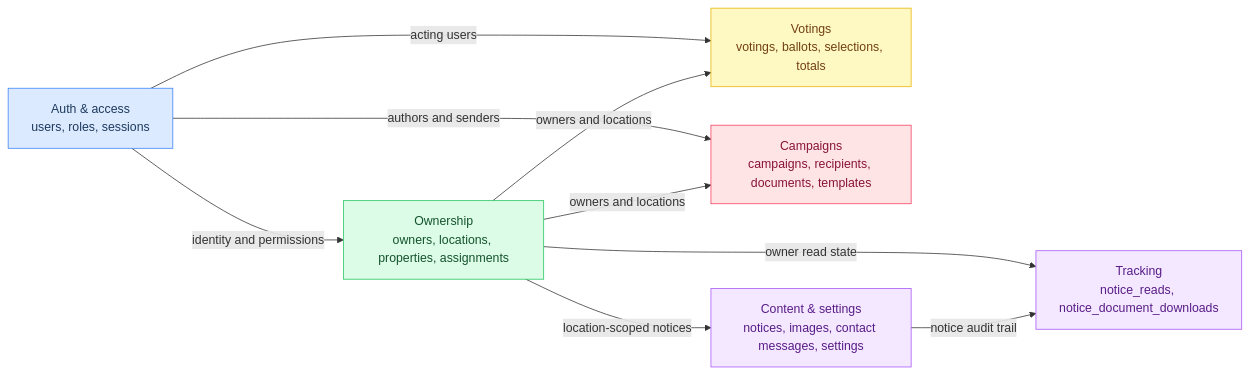
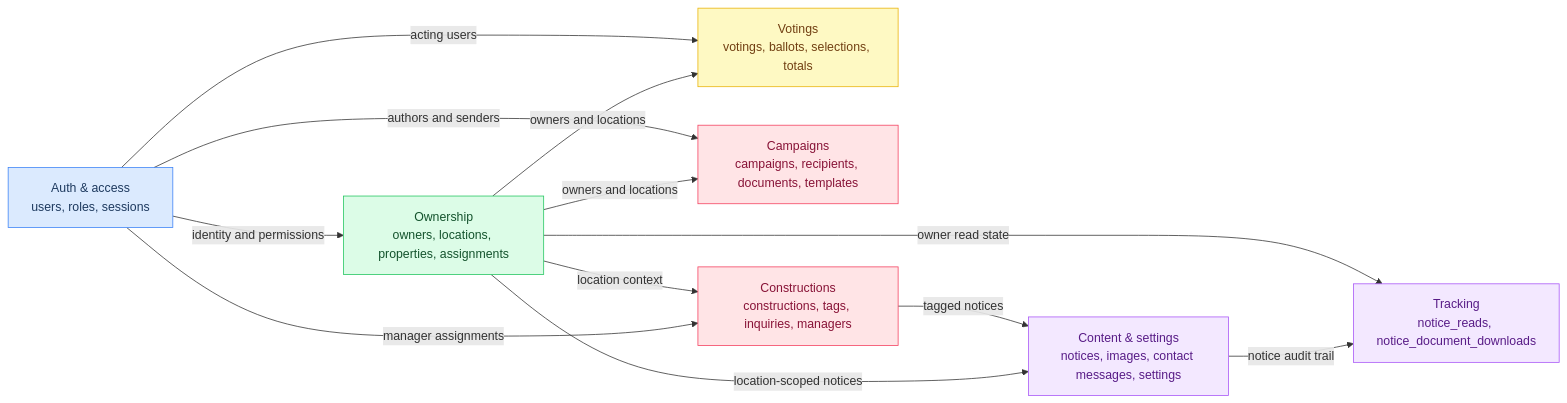
One commit to amaiagalvez/madaia33 changed the first of 13 diagrams in .github/skills/database-schema-mermaid/SKILL.md. Above: the diagram before and after it, drawn with Mermaid. The commit also changed other lines of this file and 17 other files, not shown here.

````diff
--- a/.github/skills/database-schema-mermaid/SKILL.md
+++ b/.github/skills/database-schema-mermaid/SKILL.md
@@ -34,25 +34,29 @@
 ```mermaid
 flowchart LR
     AUTH["Auth & access\nusers, roles, sessions"]:::auth
     OWNERSHIP["Ownership\nowners, locations, properties, assignments"]:::ownership
     VOTINGS_G["Votings\nvotings, ballots, selections, totals"]:::votings
     CAMPAIGNS_G["Campaigns\ncampaigns, recipients, documents, templates"]:::campaigns
+    CONSTRUCTIONS_G["Constructions\nconstructions, tags, inquiries, managers"]:::campaigns
     CONTENT["Content & settings\nnotices, images, contact messages, settings"]:::content
     TRACKING["Tracking\nnotice_reads, notice_document_downloads"]:::content
 
     AUTH -->|identity and permissions| OWNERSHIP
     AUTH -->|acting users| VOTINGS_G
     AUTH -->|authors and senders| CAMPAIGNS_G
 
     OWNERSHIP -->|owners and locations| VOTINGS_G
     OWNERSHIP -->|owners and locations| CAMPAIGNS_G
+    OWNERSHIP -->|location context| CONSTRUCTIONS_G
+    AUTH -->|manager assignments| CONSTRUCTIONS_G
+    CONSTRUCTIONS_G -->|tagged notices| CONTENT
     OWNERSHIP -->|location-scoped notices| CONTENT
     OWNERSHIP -->|owner read state| TRACKING
     CONTENT -->|notice audit trail| TRACKING
 
     classDef auth      fill:#dbeafe,stroke:#3b82f6,color:#1e3a5f
     classDef ownership fill:#dcfce7,stroke:#22c55e,color:#14532d
     classDef votings   fill:#fef9c3,stroke:#eab308,color:#713f12
     classDef campaigns fill:#ffe4e6,stroke:#f43f5e,color:#881337
     classDef content   fill:#f3e8ff,stroke:#a855f7,color:#581c87
 ```
````
